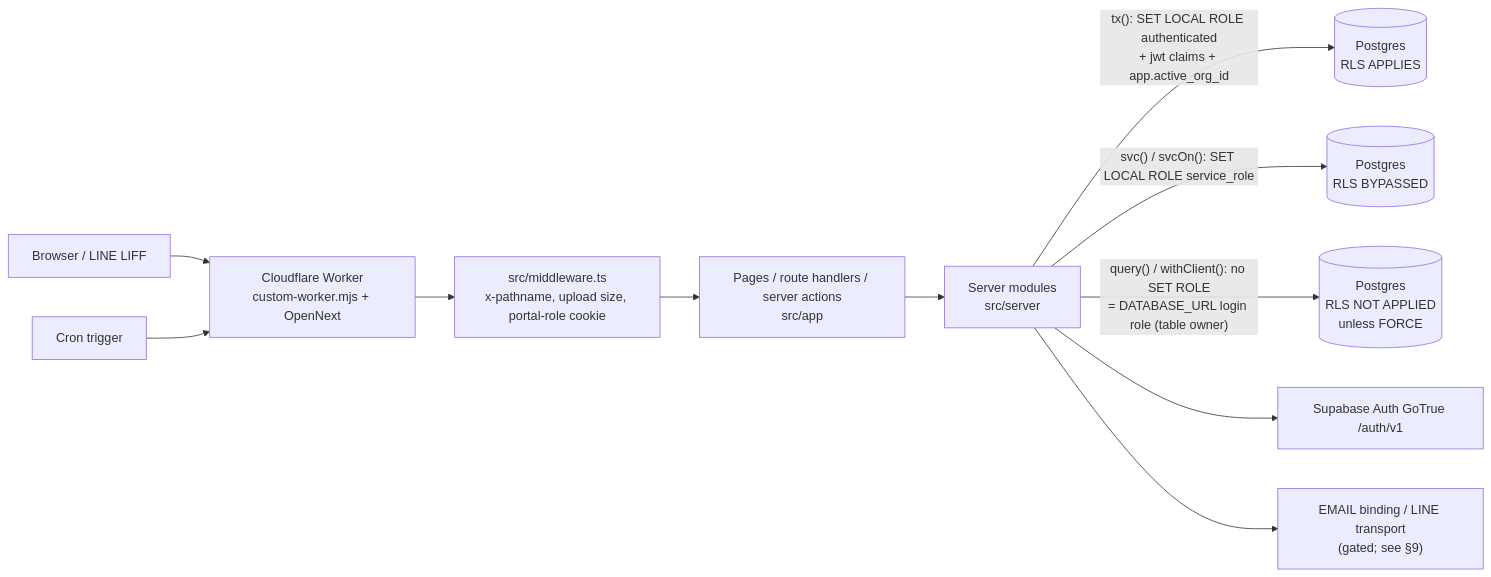
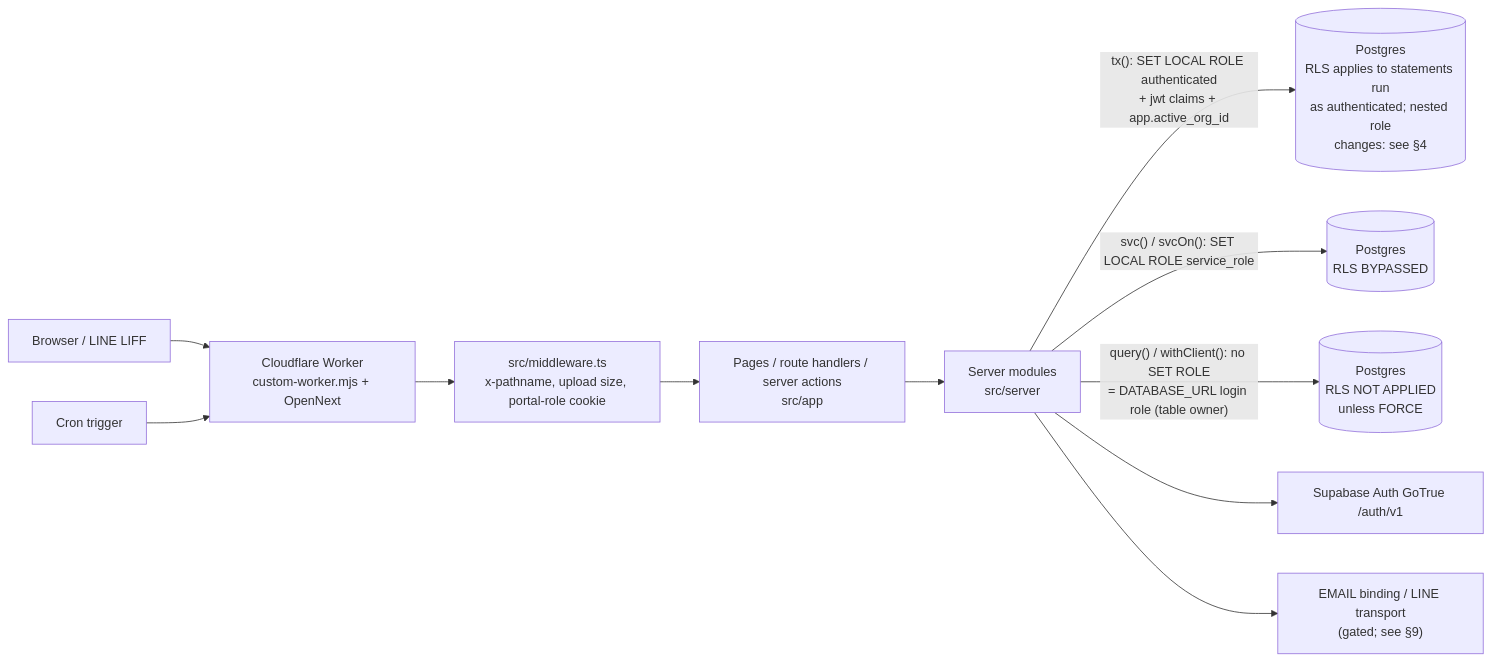
The diagram in docs/phase0/architecture-map.md (ronshih0130/Condola-app), drawn with Mermaid before and after one commit. The commit also changed other lines of this file and 7 other files, not shown here.

````diff
--- a/docs/phase0/architecture-map.md
+++ b/docs/phase0/architecture-map.md
@@ -55,13 +55,13 @@
 ```mermaid
 flowchart LR
   B[Browser / LINE LIFF] --> W["Cloudflare Worker<br/>custom-worker.mjs + OpenNext"]
   C[Cron trigger] --> W
   W --> MW["src/middleware.ts<br/>x-pathname, upload size, portal-role cookie"]
   MW --> P["Pages / route handlers / server actions<br/>src/app"]
   P --> S["Server modules<br/>src/server"]
-  S -->|"tx(): SET LOCAL ROLE authenticated<br/>+ jwt claims + app.active_org_id"| R1[("Postgres<br/>RLS APPLIES")]
+  S -->|"tx(): SET LOCAL ROLE authenticated<br/>+ jwt claims + app.active_org_id"| R1[("Postgres<br/>RLS applies to statements run<br/>as authenticated; nested role<br/>changes: see §4")]
   S -->|"svc() / svcOn(): SET LOCAL ROLE service_role"| R2[("Postgres<br/>RLS BYPASSED")]
   S -->|"query() / withClient(): no SET ROLE<br/>= DATABASE_URL login role (table owner)"| R3[("Postgres<br/>RLS NOT APPLIED<br/>unless FORCE")]
   S --> G[Supabase Auth GoTrue /auth/v1]
   S --> E["EMAIL binding / LINE transport<br/>(gated; see §9)"]
 ```
````
